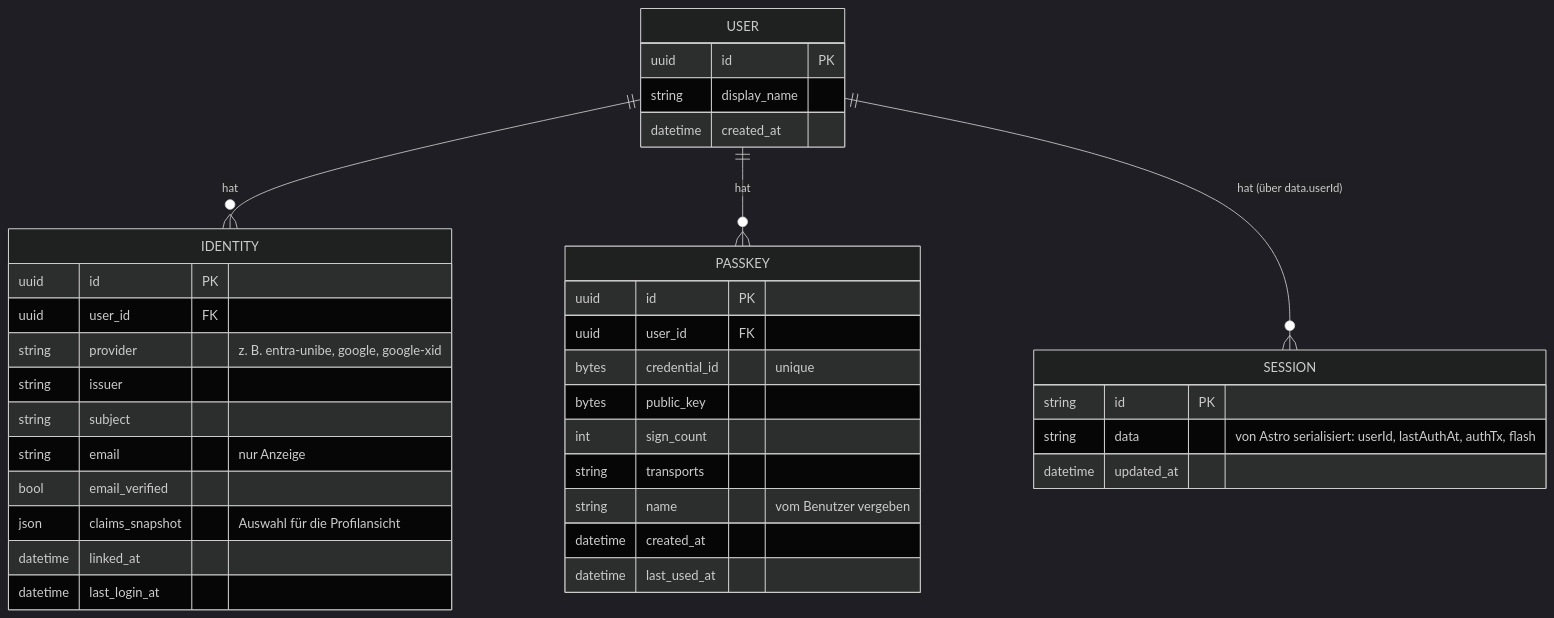
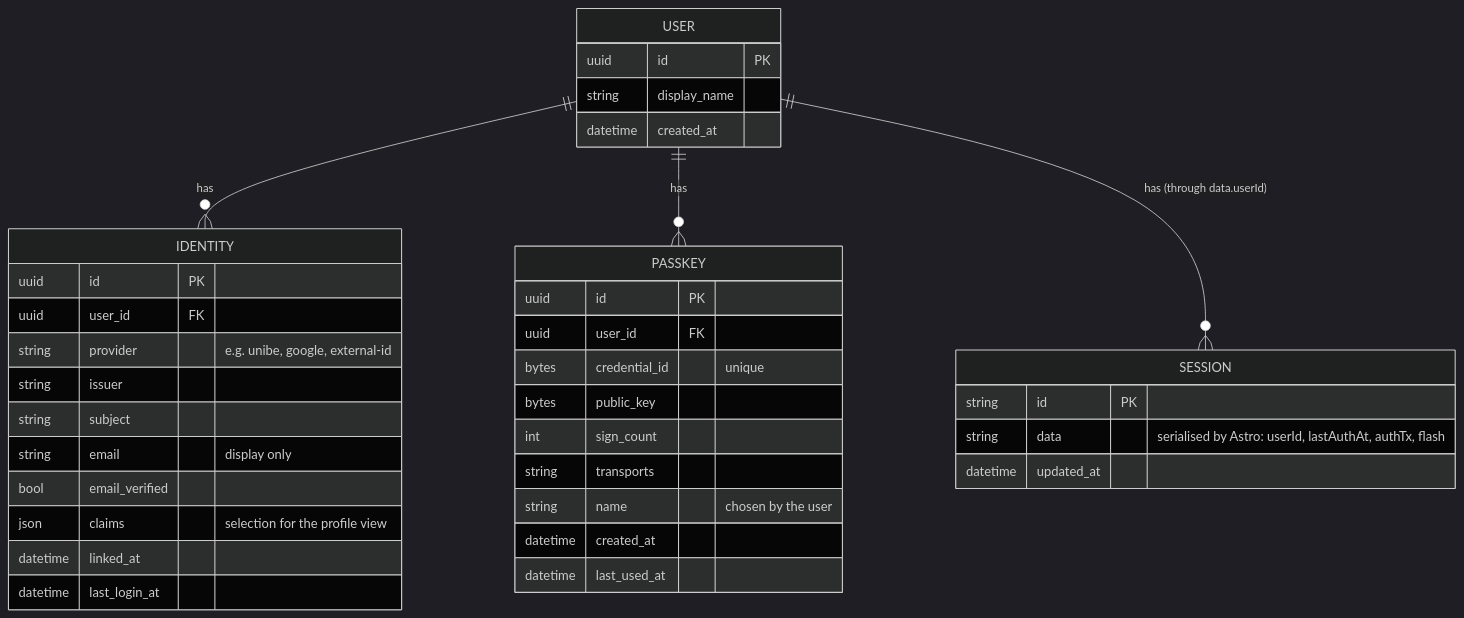
The first of 2 diagrams in docs/04-account-linking.md (id-unibe-ch/ch-unibe-auth-example), drawn with Mermaid (dark theme) before and after one commit. The commit also changed other lines of this file and 35 other files, not shown here.

````diff
--- a/docs/04-account-linking.md
+++ b/docs/04-account-linking.md
@@ -11,40 +11,40 @@
 ```mermaid
 erDiagram
-    USER ||--o{ IDENTITY : hat
-    USER ||--o{ PASSKEY : hat
-    USER ||--o{ SESSION : "hat (über data.userId)"
+    USER ||--o{ IDENTITY : has
+    USER ||--o{ PASSKEY : has
+    USER ||--o{ SESSION : "has (through data.userId)"
 
     USER {
         uuid id PK
         string display_name
         datetime created_at
     }
     IDENTITY {
         uuid id PK
         uuid user_id FK
-        string provider "z. B. entra-unibe, google, google-xid"
+        string provider "e.g. unibe, google, external-id"
         string issuer
         string subject
-        string email "nur Anzeige"
+        string email "display only"
         bool email_verified
-        json claims_snapshot "Auswahl für die Profilansicht"
+        json claims "selection for the profile view"
         datetime linked_at
         datetime last_login_at
     }
     PASSKEY {
         uuid id PK
         uuid user_id FK
         bytes credential_id "unique"
         bytes public_key
         int sign_count
         string transports
-        string name "vom Benutzer vergeben"
+        string name "chosen by the user"
         datetime created_at
         datetime last_used_at
     }
     SESSION {
         string id PK
-        string data "von Astro serialisiert: userId, lastAuthAt, authTx, flash"
+        string data "serialised by Astro: userId, lastAuthAt, authTx, flash"
         datetime updated_at
     }
 ```
````
